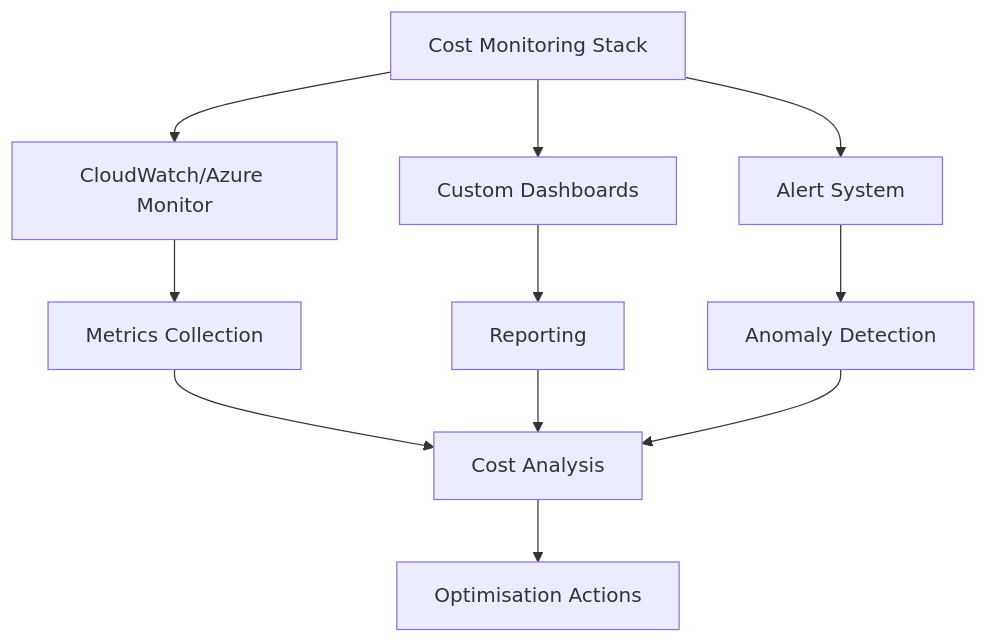
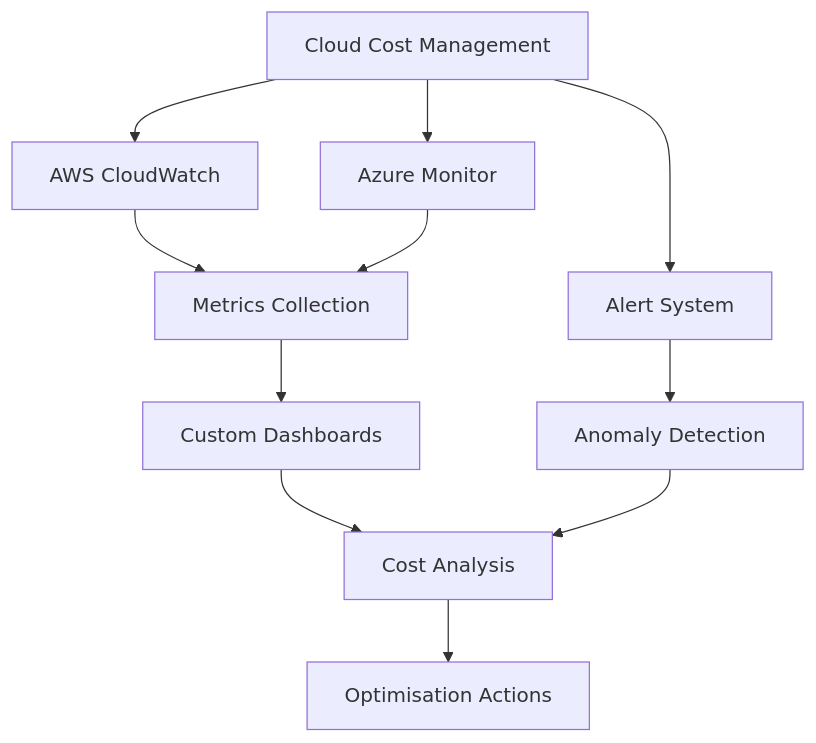
One commit to Geonitab/architecture_as_code changed the diagram in docs/images/diagram_16_monitoring_stack.mmd. Above: the diagram before and after it, drawn with Mermaid. The commit also changed 7 other files, not shown here.

```diff
--- a/docs/images/diagram_16_monitoring_stack.mmd
+++ b/docs/images/diagram_16_monitoring_stack.mmd
@@ -1,14 +1,15 @@
+%% Diagram: Cloud cost monitoring stack showing metric collection, alerting, and optimisation flow
 graph TB
-    A[Cost Monitoring Stack]:::kv-primary --> B[CloudWatch/Azure Monitor]:::kv-highlight
-    A --> C[Custom Dashboards]:::kv-accent
+    A[Cloud Cost Management]:::kv-primary --> B[AWS CloudWatch]:::kv-highlight
+    A --> C[Azure Monitor]:::kv-highlight
     A --> D[Alert System]:::kv-accent
 
     B --> E[Metrics Collection]:::kv-highlight
-    C --> F[Reporting]:::kv-muted
+    C --> E
     D --> G[Anomaly Detection]:::kv-pattern
 
-    E --> H[Cost Analysis]:::kv-primary
-    F --> H
+    E --> F[Custom Dashboards]:::kv-accent
+    F --> H[Cost Analysis]:::kv-primary
     G --> H
 
     H --> I[Optimisation Actions]:::kv-highlight
```
